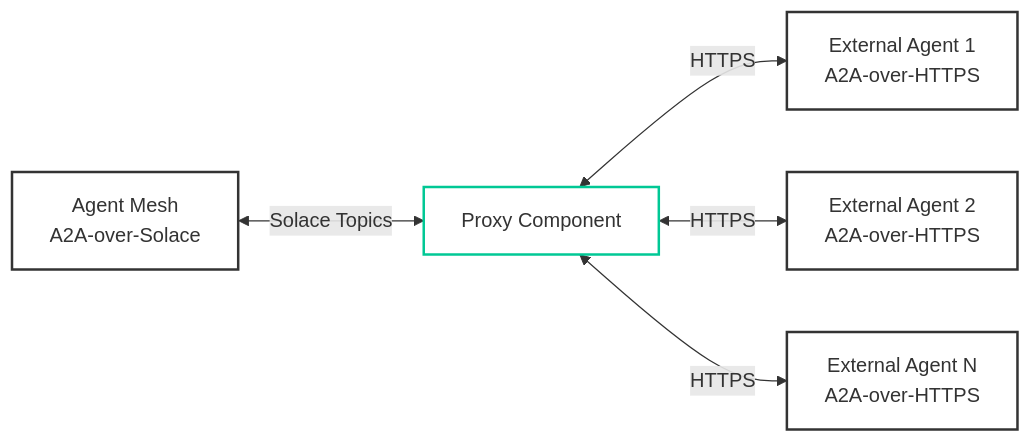
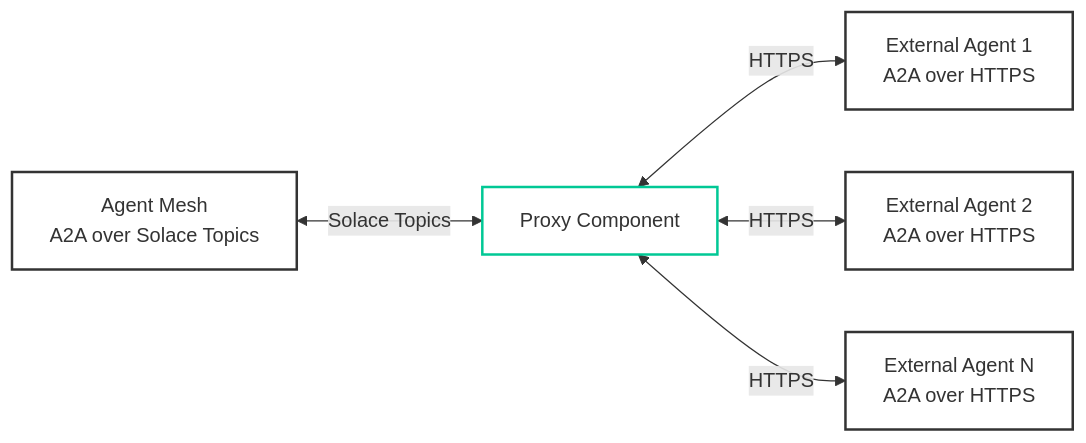
One commit to SolaceLabs/solace-agent-mesh changed the diagram in docs/docs/documentation/components/proxies.md. Above: the diagram before and after it, drawn with Mermaid. The commit also changed other lines of this file and 1 other file, not shown here.

Commit message:
docs: update proxy documentation based on technical review feedback

````diff
--- a/docs/docs/documentation/components/proxies.md
+++ b/docs/docs/documentation/components/proxies.md
@@ -59,13 +59,13 @@
 ```mermaid
 graph LR
-    A[Agent Mesh<br/>A2A-over-Solace] <-->|Solace Topics| B[Proxy Component]
-    B <-->|HTTPS| C[External Agent 1<br/>A2A-over-HTTPS]
-    B <-->|HTTPS| D[External Agent 2<br/>A2A-over-HTTPS]
-    B <-->|HTTPS| E[External Agent N<br/>A2A-over-HTTPS]
+    A[Agent Mesh<br/>A2A over Solace Topics] <-->|Solace Topics| B[Proxy Component]
+    B <-->|HTTPS| C[External Agent 1<br/>A2A over HTTPS]
+    B <-->|HTTPS| D[External Agent 2<br/>A2A over HTTPS]
+    B <-->|HTTPS| E[External Agent N<br/>A2A over HTTPS]
     
     style B fill:none,stroke:#00C895,stroke-width:2px
     style A fill:none,stroke:#333,stroke-width:2px
     style C fill:none,stroke:#333,stroke-width:2px
     style D fill:none,stroke:#333,stroke-width:2px
     style E fill:none,stroke:#333,stroke-width:2px
 ```
````
